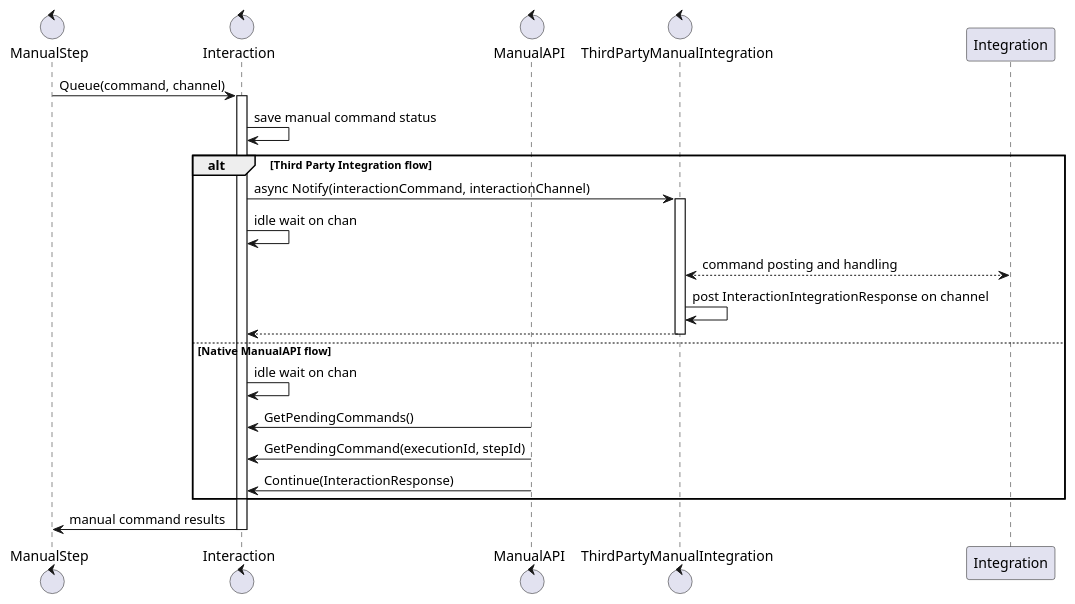
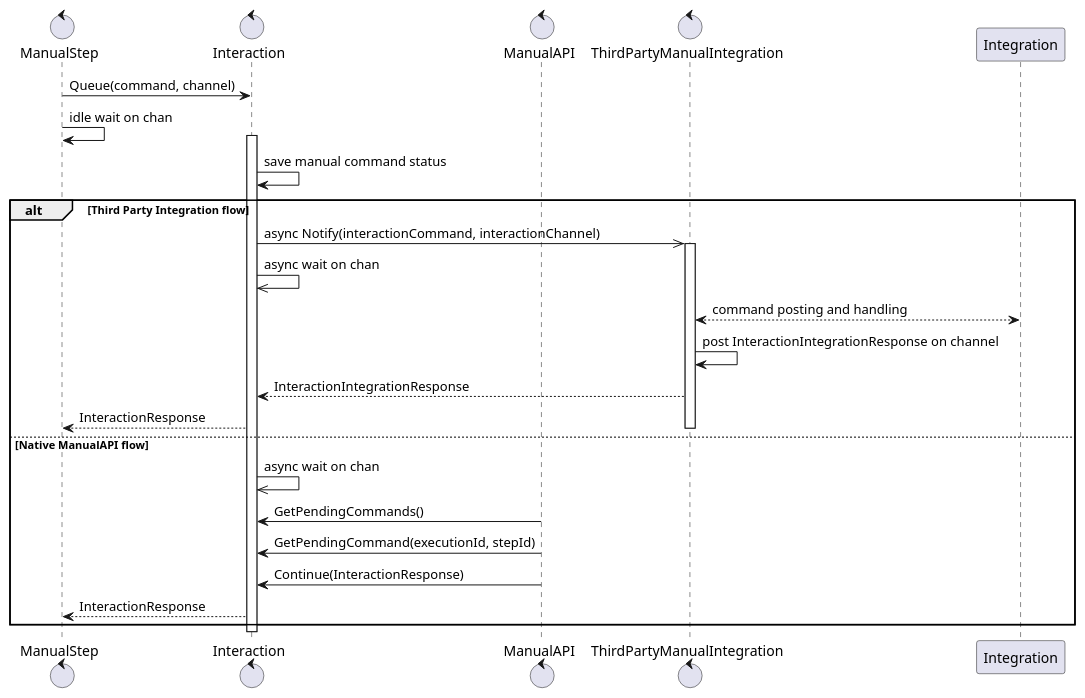
The second of 2 diagrams in docs/content/en/docs/core-components/modules.md (COSSAS/SOARCA), drawn with PlantUML before and after one commit.

Commit message:
update documentation to reflect idle vs async waits

````diff
--- a/docs/content/en/docs/core-components/modules.md
+++ b/docs/content/en/docs/core-components/modules.md
@@ -395,32 +395,34 @@
 ```plantuml
 @startuml
 control "ManualStep" as manual
 control "Interaction" as interaction
 control "ManualAPI" as api
 control "ThirdPartyManualIntegration" as 3ptool
 
 
 manual -> interaction : Queue(command, channel)
+manual -> manual : idle wait on chan
 activate interaction
 interaction -> interaction : save manual command status
 alt Third Party Integration flow
-interaction -> 3ptool : async Notify(interactionCommand, interactionChannel)
+interaction ->> 3ptool : async Notify(interactionCommand, interactionChannel)
 activate 3ptool
-interaction -> interaction : idle wait on chan
+interaction ->> interaction : async wait on chan
 
 3ptool <--> Integration : command posting and handling
 3ptool -> 3ptool : post InteractionIntegrationResponse on channel
-3ptool --> interaction
+3ptool --> interaction : InteractionIntegrationResponse
+interaction --> manual : InteractionResponse
 deactivate 3ptool
 else Native ManualAPI flow
-interaction -> interaction : idle wait on chan
+interaction ->> interaction : async wait on chan
 api -> interaction : GetPendingCommands()
 api -> interaction : GetPendingCommand(executionId, stepId)
 api -> interaction : Continue(InteractionResponse)
+interaction --> manual : InteractionResponse
 end
 
-interaction -> manual : manual command results
 deactivate interaction
 
 @enduml
 ```
````
